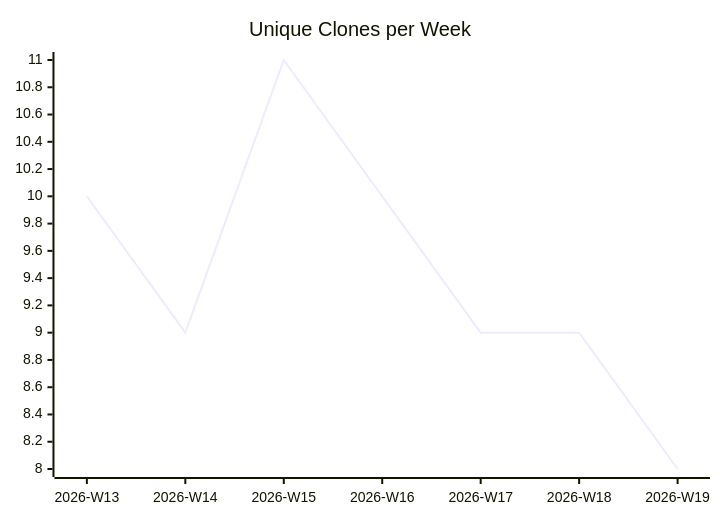
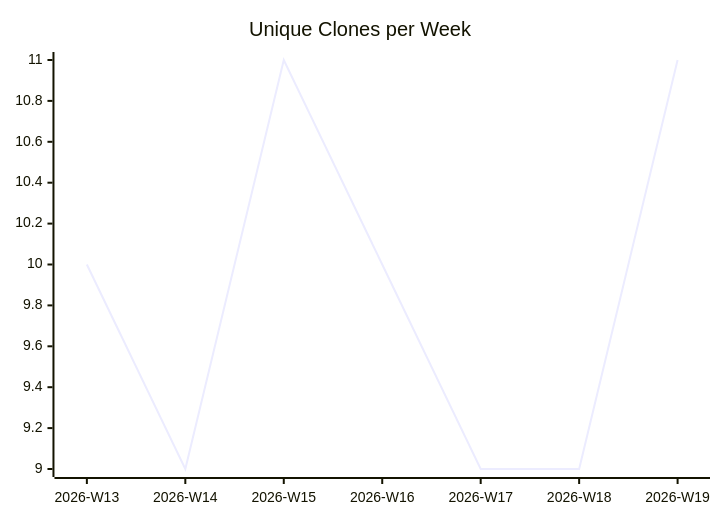
The third of 3 diagrams in karlmdavis/usgs-water-api-java/README.md (justdavis-family/github-analytics-data), drawn with Mermaid before and after one commit. The commit also changed other lines of this file and 192 other files, not shown here.

````diff
--- a/karlmdavis/usgs-water-api-java/README.md
+++ b/karlmdavis/usgs-water-api-java/README.md
@@ -19,6 +19,6 @@
 ```mermaid
 xychart-beta
   title "Unique Clones per Week"
   x-axis ["2026-W13", "2026-W14", "2026-W15", "2026-W16", "2026-W17", "2026-W18", "2026-W19"]
-  line [10, 9, 11, 10, 9, 9, 8]
+  line [10, 9, 11, 10, 9, 9, 11]
 ```
````
